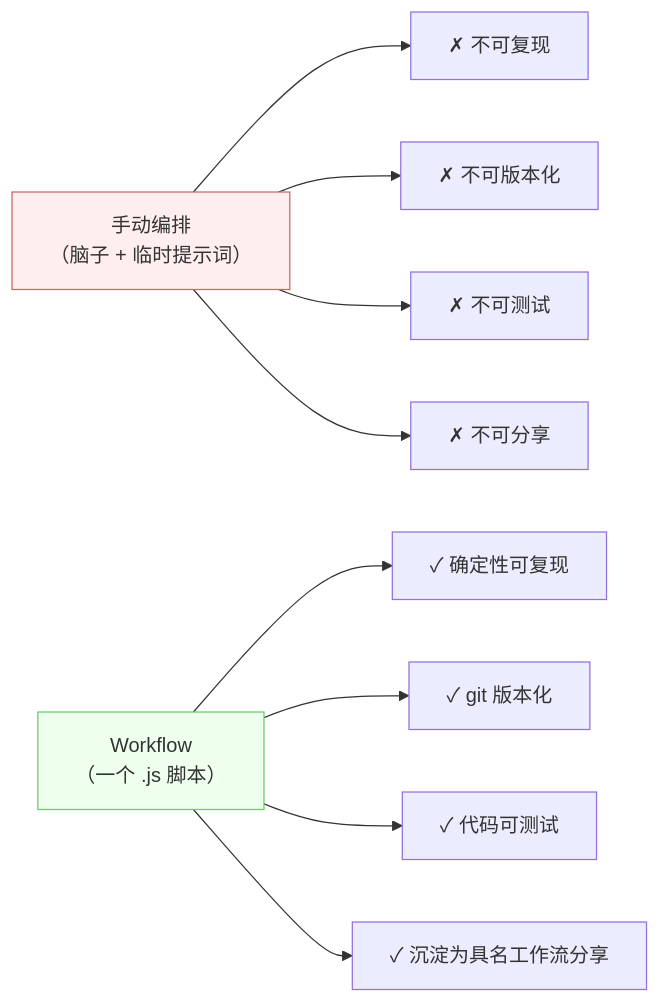
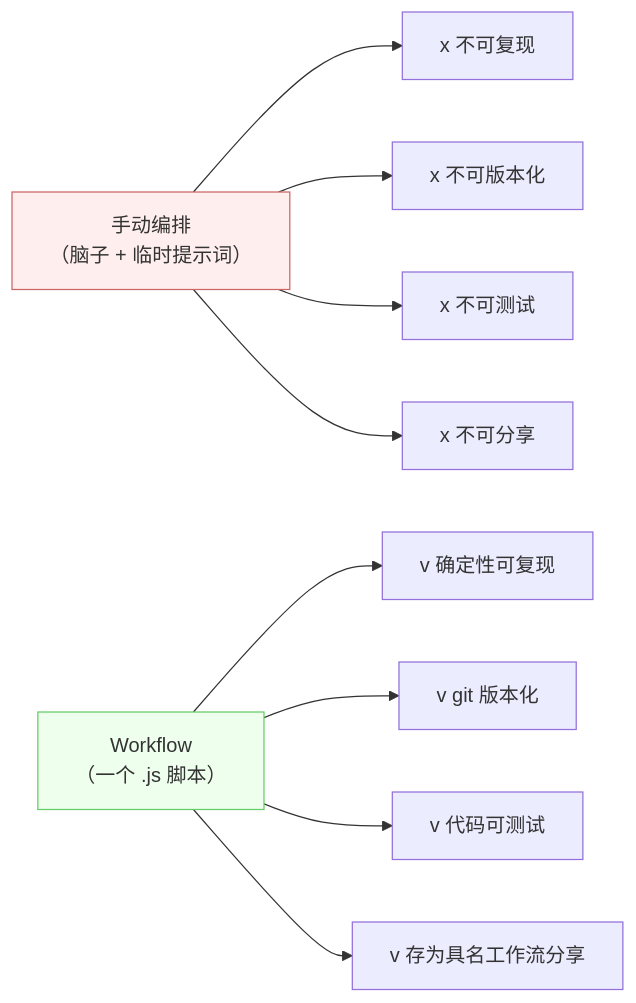
Before and after one commit to AGI-is-going-to-arrive/workflow-cookbook: the third of 4 diagrams in docs/zh/p1-02-why-deterministic.md, drawn with Mermaid. The commit also changed other lines of this file and 78 other files, not shown here.

````diff
--- a/docs/zh/p1-02-why-deterministic.md
+++ b/docs/zh/p1-02-why-deterministic.md
@@ -223,15 +223,15 @@
 ```mermaid
 flowchart LR
     M["手动编排<br/>（脑子 + 临时提示词）"]
-    M --> M1["✗ 不可复现"]
-    M --> M2["✗ 不可版本化"]
-    M --> M3["✗ 不可测试"]
-    M --> M4["✗ 不可分享"]
+    M --> M1["x 不可复现"]
+    M --> M2["x 不可版本化"]
+    M --> M3["x 不可测试"]
+    M --> M4["x 不可分享"]
     W["Workflow<br/>（一个 .js 脚本）"]
-    W --> W1["✓ 确定性可复现"]
-    W --> W2["✓ git 版本化"]
-    W --> W3["✓ 代码可测试"]
-    W --> W4["✓ 沉淀为具名工作流分享"]
+    W --> W1["v 确定性可复现"]
+    W --> W2["v git 版本化"]
+    W --> W3["v 代码可测试"]
+    W --> W4["v 存为具名工作流分享"]
     style M fill:#fee,stroke:#c66
     style W fill:#efe,stroke:#6c6
 ```
````
